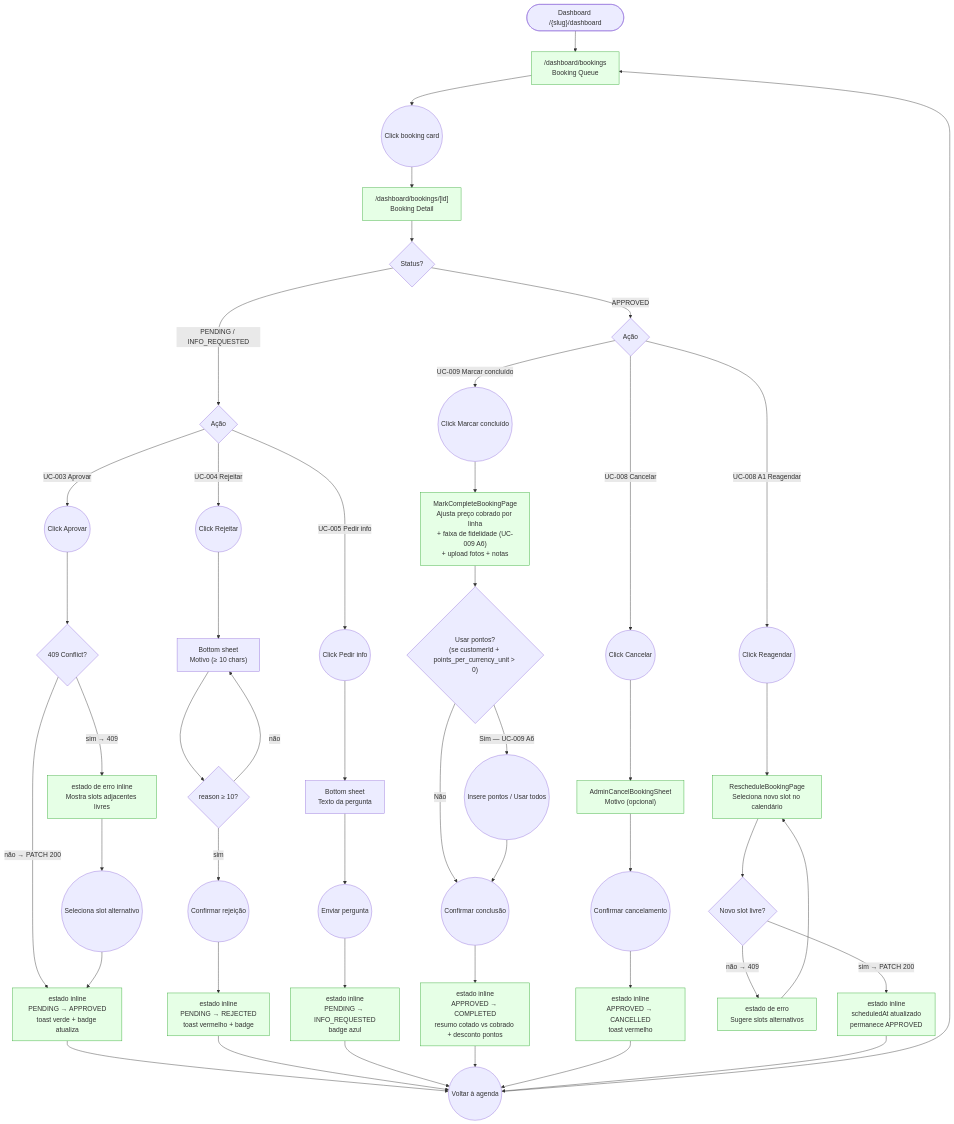
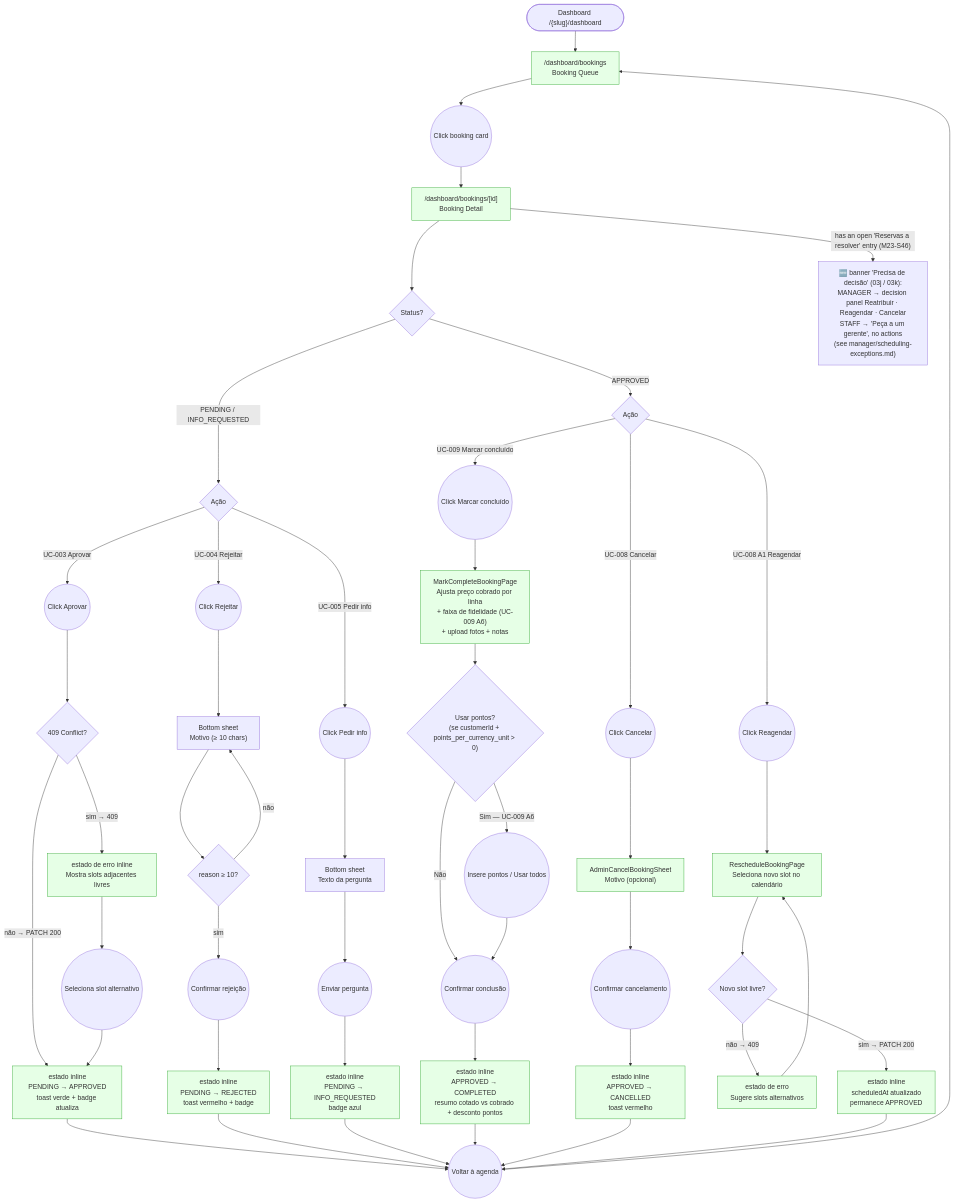
One commit to lmmoreira/ikaro changed the first of 5 diagrams in plan/journey/staff/agenda.md. Above: the diagram before and after it, drawn with Mermaid. The commit also changed 3 other files, not shown here.

First line of the commit message:
docs(journey): show the decision-panel entry point in the agenda and worklist flows and UC-077 (M23-S46)

````diff
--- a/plan/journey/staff/agenda.md
+++ b/plan/journey/staff/agenda.md
@@ -14,66 +14,67 @@
 ```mermaid
 flowchart TD
     classDef existing fill:#e6ffe6,stroke:#3a3
     classDef gap stroke:#f00,stroke-dasharray: 5 5,fill:#fee
 
     Start(["Dashboard /{slug}/dashboard"]) --> Queue["/dashboard/bookings<br/>Booking Queue"]
     Queue --> CardClick(("Click booking card"))
     CardClick --> Detail["/dashboard/bookings/[id]<br/>Booking Detail"]
 
     Detail --> StatusBranch{"Status?"}
+    Detail -->|"has an open 'Reservas a resolver' entry (M23-S46)"| Marked["🆕 banner 'Precisa de decisão' (03j / 03k):<br/>MANAGER → decision panel Reatribuir · Reagendar · Cancelar<br/>STAFF → 'Peça a um gerente', no actions<br/>(see manager/scheduling-exceptions.md)"]
 
     StatusBranch -->|"PENDING / INFO_REQUESTED"| ActionChoice{"Ação"}
 
     ActionChoice -->|"UC-003 Aprovar"| ApproveBtn(("Click Aprovar"))
     ApproveBtn --> SlotCheck{"409 Conflict?"}
     SlotCheck -- "não → PATCH 200" --> ApproveSuccess["estado inline<br/>PENDING → APPROVED<br/>toast verde + badge atualiza"]
     SlotCheck -- "sim → 409" --> SlotConflict["estado de erro inline<br/>Mostra slots adjacentes livres"]
     SlotConflict --> AltSlot(("Seleciona slot alternativo"))
     AltSlot --> ApproveSuccess
 
     ActionChoice -->|"UC-004 Rejeitar"| RejectBtn(("Click Rejeitar"))
     RejectBtn --> RejectSheet["Bottom sheet<br/>Motivo (≥ 10 chars)"]
     RejectSheet --> RejectValid{"reason ≥ 10?"}
     RejectValid -- não --> RejectSheet
     RejectValid -- sim --> RejectSubmit(("Confirmar rejeição"))
     RejectSubmit --> RejectSuccess["estado inline<br/>PENDING → REJECTED<br/>toast vermelho + badge"]
 
     ActionChoice -->|"UC-005 Pedir info"| InfoBtn(("Click Pedir info"))
     InfoBtn --> InfoSheet["Bottom sheet<br/>Texto da pergunta"]
     InfoSheet --> InfoSubmit(("Enviar pergunta"))
     InfoSubmit --> InfoSuccess["estado inline<br/>PENDING → INFO_REQUESTED<br/>badge azul"]
 
     ApproveSuccess --> Back(("Voltar à agenda"))
     RejectSuccess --> Back
     InfoSuccess --> Back
 
     StatusBranch -->|"APPROVED"| ApprovedActionChoice{"Ação"}
 
     ApprovedActionChoice -->|"UC-009 Marcar concluído"| CompleteBtn(("Click Marcar concluído"))
     CompleteBtn --> CompleteSheet["MarkCompleteBookingPage<br/>Ajusta preço cobrado por linha<br/>+ faixa de fidelidade (UC-009 A6)<br/>+ upload fotos + notas"]
     CompleteSheet --> LoyaltyChoice{"Usar pontos?<br/>(se customerId + points_per_currency_unit > 0)"}
     LoyaltyChoice -->|"Não"| CompleteSubmit(("Confirmar conclusão"))
     LoyaltyChoice -->|"Sim — UC-009 A6"| PointsInput(("Insere pontos / Usar todos"))
     PointsInput --> CompleteSubmit
     CompleteSubmit --> CompleteSuccess["estado inline<br/>APPROVED → COMPLETED<br/>resumo cotado vs cobrado + desconto pontos"]
 
     ApprovedActionChoice -->|"UC-008 Cancelar"| AdminCancelBtn(("Click Cancelar"))
     AdminCancelBtn --> AdminCancelSheet["AdminCancelBookingSheet<br/>Motivo (opcional)"]
     AdminCancelSheet --> AdminCancelSubmit(("Confirmar cancelamento"))
     AdminCancelSubmit --> AdminCancelSuccess["estado inline<br/>APPROVED → CANCELLED<br/>toast vermelho"]
 
     ApprovedActionChoice -->|"UC-008 A1 Reagendar"| RescheduleBtn(("Click Reagendar"))
     RescheduleBtn --> RescheduleCalendar["RescheduleBookingPage<br/>Seleciona novo slot no calendário"]
     RescheduleCalendar --> RescheduleSlotCheck{"Novo slot livre?"}
     RescheduleSlotCheck -- "não → 409" --> RescheduleConflict["estado de erro<br/>Sugere slots alternativos"]
     RescheduleConflict --> RescheduleCalendar
     RescheduleSlotCheck -- "sim → PATCH 200" --> RescheduleSuccess["estado inline<br/>scheduledAt atualizado<br/>permanece APPROVED"]
 
     CompleteSuccess --> Back
     AdminCancelSuccess --> Back
     RescheduleSuccess --> Back
 
     Back --> Queue
 
     class Queue,Detail,SlotConflict,ApproveSuccess,RejectSuccess,InfoSuccess,CompleteSheet,CompleteSuccess,AdminCancelSheet,AdminCancelSuccess,RescheduleCalendar,RescheduleConflict,RescheduleSuccess existing
 ```
````
